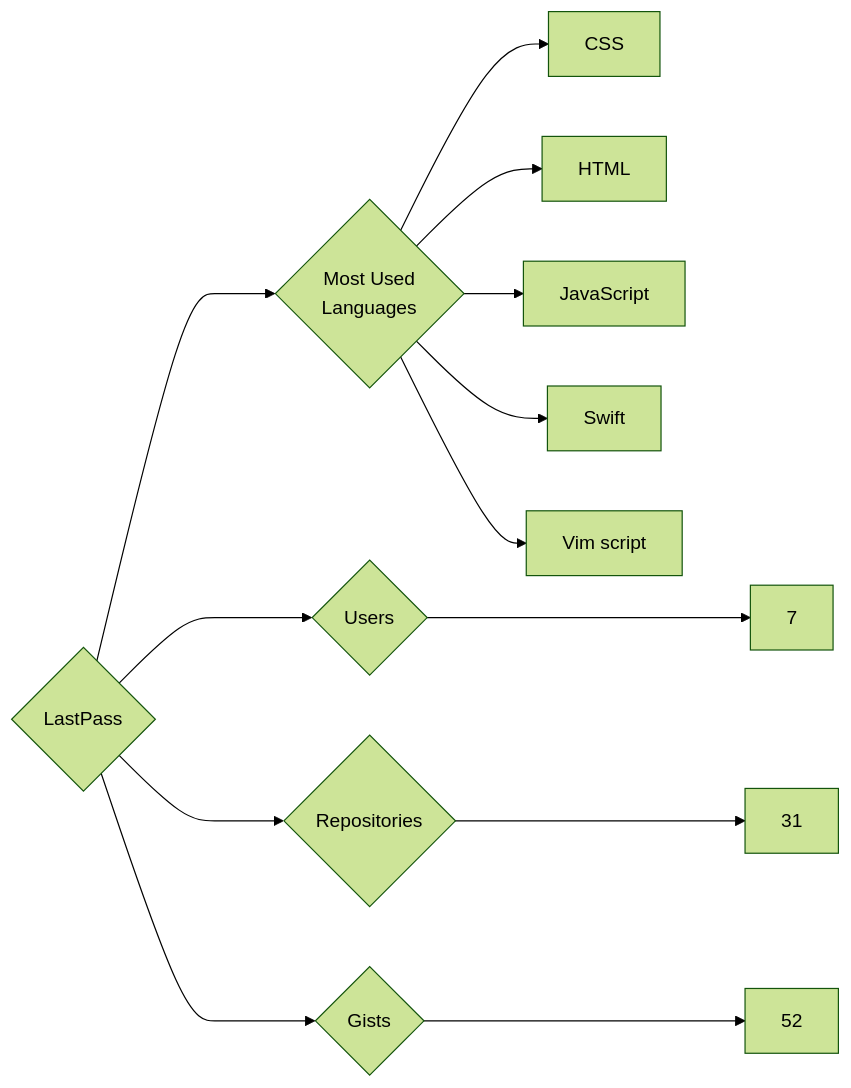
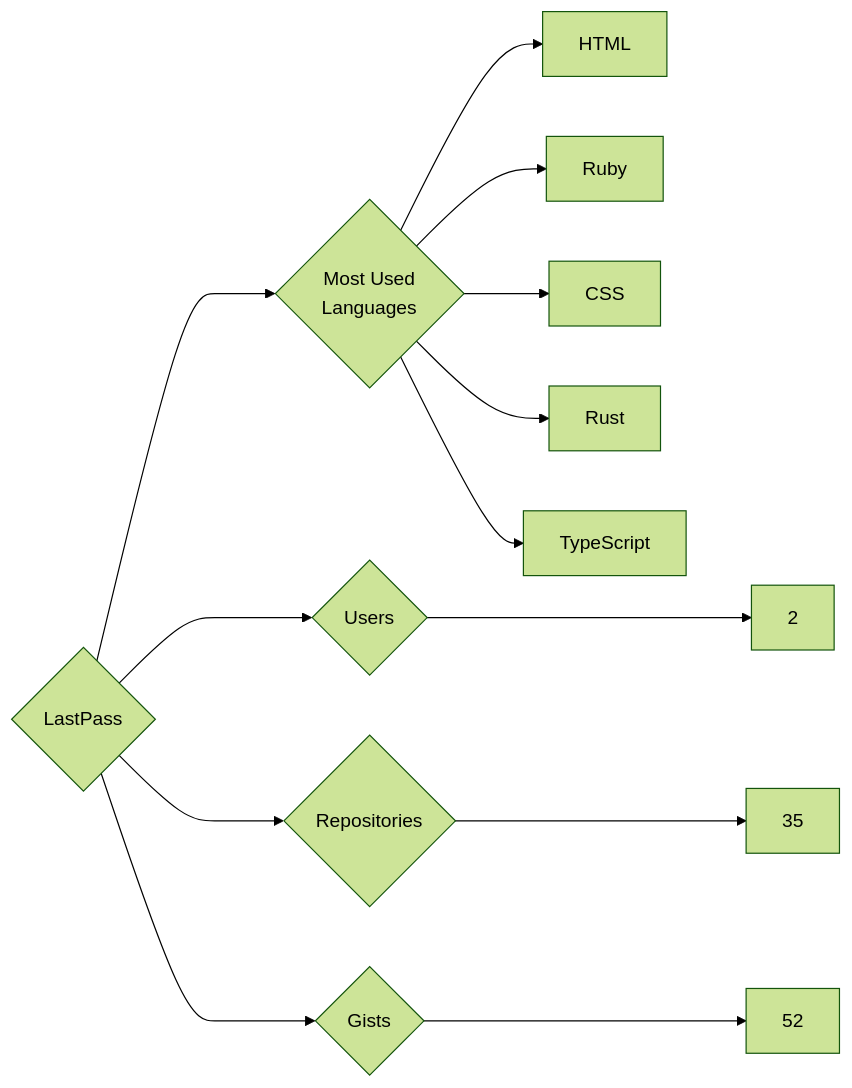
One commit to trickest/insiders changed the diagram in targets/LastPass/README.md. Above: the diagram before and after it, drawn with Mermaid (forest theme). The commit also changed 882 other files, not shown here.

````diff
--- a/targets/LastPass/README.md
+++ b/targets/LastPass/README.md
@@ -3,13 +3,13 @@
 ```mermaid
 graph LR
 COMPANY_NAME{LastPass}
-COMPANY_NAME ---> U{Users} ---> UN[7]
-COMPANY_NAME ---> R{Repositories} ---> RN[31]
+COMPANY_NAME ---> U{Users} ---> UN[2]
+COMPANY_NAME ---> R{Repositories} ---> RN[35]
 COMPANY_NAME ---> G{Gists} ---> GN[52]
 COMPANY_NAME ---> ML{Most Used<br>Languages}
+ML --> HTML[HTML]
+ML --> Ruby[Ruby]
 ML --> CSS[CSS]
-ML --> HTML[HTML]
-ML --> JavaScript[JavaScript]
-ML --> Swift[Swift]
-ML --> Vim_script[Vim script]
+ML --> Rust[Rust]
+ML --> TypeScript[TypeScript]
 ```
````
